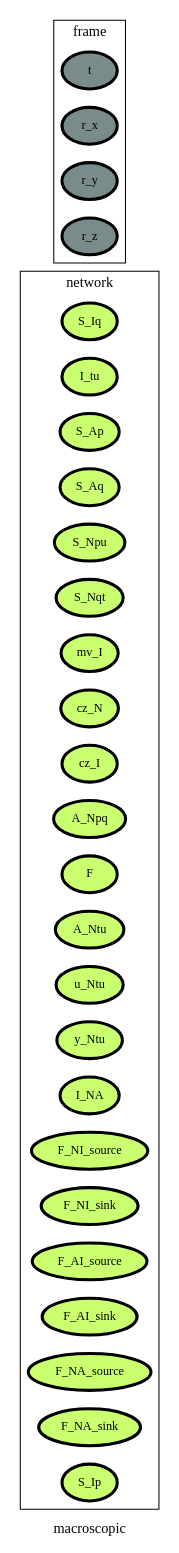
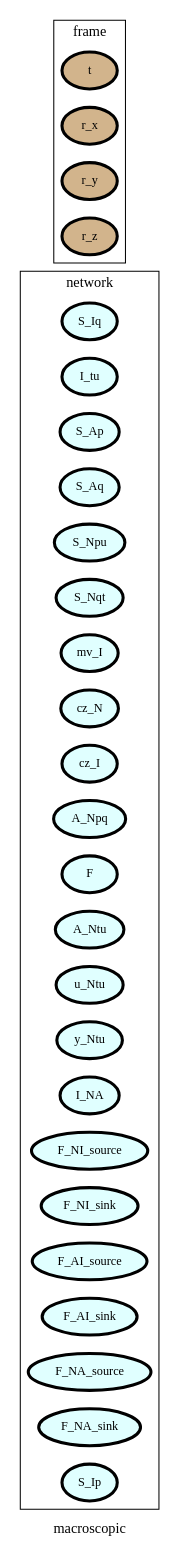
Before and after one commit to heinz-preisig/processes_starter: the diagram in ontology_graphs/graph__macroscopic.dot, drawn with Graphviz. The commit also changed 28 other files, not shown here.

```diff
--- a/ontology_graphs/graph__macroscopic.dot
+++ b/ontology_graphs/graph__macroscopic.dot
@@ -1,95 +1,100 @@
 digraph macroscopic {
 label=macroscopic;
 rankdir=LR;
 subgraph cluster_macroscopic___transport {
 label=transport;
 rankdir=LR;
 }
 
 subgraph cluster_macroscopic___geometry {
 label=geometry;
 rankdir=LR;
 }
 
 subgraph cluster_macroscopic___properties {
 label=properties;
 rankdir=LR;
 }
 
 subgraph cluster_macroscopic___network {
 label=network;
 rankdir=LR;
-V_10 [fillcolor=darkolivegreen1, fontsize=12, label=S_Iq, penwidth=3, style=filled];
-V_11 [fillcolor=darkolivegreen1, fontsize=12, label=I_tu, penwidth=3, style=filled];
-V_12 [fillcolor=darkolivegreen1, fontsize=12, label=S_Ap, penwidth=3, style=filled];
-V_13 [fillcolor=darkolivegreen1, fontsize=12, label=S_Aq, penwidth=3, style=filled];
-V_14 [fillcolor=darkolivegreen1, fontsize=12, label=S_Npu, penwidth=3, style=filled];
-V_15 [fillcolor=darkolivegreen1, fontsize=12, label=S_Nqt, penwidth=3, style=filled];
-V_16 [fillcolor=darkolivegreen1, fontsize=12, label=mv_I, penwidth=3, style=filled];
-V_17 [fillcolor=darkolivegreen1, fontsize=12, label=cz_N, penwidth=3, style=filled];
-V_18 [fillcolor=darkolivegreen1, fontsize=12, label=cz_I, penwidth=3, style=filled];
-V_19 [fillcolor=darkolivegreen1, fontsize=12, label=A_Npq, penwidth=3, style=filled];
-V_2 [fillcolor=darkolivegreen1, fontsize=12, label=F, penwidth=3, style=filled];
-V_20 [fillcolor=darkolivegreen1, fontsize=12, label=A_Ntu, penwidth=3, style=filled];
-V_21 [fillcolor=darkolivegreen1, fontsize=12, label=u_Ntu, penwidth=3, style=filled];
-V_22 [fillcolor=darkolivegreen1, fontsize=12, label=y_Ntu, penwidth=3, style=filled];
-V_27 [fillcolor=darkolivegreen1, fontsize=12, label=I_NA, penwidth=3, style=filled];
-V_3 [fillcolor=darkolivegreen1, fontsize=12, label=F_NI_source, penwidth=3, style=filled];
-V_4 [fillcolor=darkolivegreen1, fontsize=12, label=F_NI_sink, penwidth=3, style=filled];
-V_5 [fillcolor=darkolivegreen1, fontsize=12, label=F_AI_source, penwidth=3, style=filled];
-V_6 [fillcolor=darkolivegreen1, fontsize=12, label=F_AI_sink, penwidth=3, style=filled];
-V_7 [fillcolor=darkolivegreen1, fontsize=12, label=F_NA_source, penwidth=3, style=filled];
-V_8 [fillcolor=darkolivegreen1, fontsize=12, label=F_NA_sink, penwidth=3, style=filled];
-V_9 [fillcolor=darkolivegreen1, fontsize=12, label=S_Ip, penwidth=3, style=filled];
+V_10 [fillcolor=lightcyan, fontsize=12, label=S_Iq, penwidth=3, style=filled];
+V_11 [fillcolor=lightcyan, fontsize=12, label=I_tu, penwidth=3, style=filled];
+V_12 [fillcolor=lightcyan, fontsize=12, label=S_Ap, penwidth=3, style=filled];
+V_13 [fillcolor=lightcyan, fontsize=12, label=S_Aq, penwidth=3, style=filled];
+V_14 [fillcolor=lightcyan, fontsize=12, label=S_Npu, penwidth=3, style=filled];
+V_15 [fillcolor=lightcyan, fontsize=12, label=S_Nqt, penwidth=3, style=filled];
+V_16 [fillcolor=lightcyan, fontsize=12, label=mv_I, penwidth=3, style=filled];
+V_17 [fillcolor=lightcyan, fontsize=12, label=cz_N, penwidth=3, style=filled];
+V_18 [fillcolor=lightcyan, fontsize=12, label=cz_I, penwidth=3, style=filled];
+V_19 [fillcolor=lightcyan, fontsize=12, label=A_Npq, penwidth=3, style=filled];
+V_2 [fillcolor=lightcyan, fontsize=12, label=F, penwidth=3, style=filled];
+V_20 [fillcolor=lightcyan, fontsize=12, label=A_Ntu, penwidth=3, style=filled];
+V_21 [fillcolor=lightcyan, fontsize=12, label=u_Ntu, penwidth=3, style=filled];
+V_22 [fillcolor=lightcyan, fontsize=12, label=y_Ntu, penwidth=3, style=filled];
+V_27 [fillcolor=lightcyan, fontsize=12, label=I_NA, penwidth=3, style=filled];
+V_3 [fillcolor=lightcyan, fontsize=12, label=F_NI_source, penwidth=3, style=filled];
+V_4 [fillcolor=lightcyan, fontsize=12, label=F_NI_sink, penwidth=3, style=filled];
+V_5 [fillcolor=lightcyan, fontsize=12, label=F_AI_source, penwidth=3, style=filled];
+V_6 [fillcolor=lightcyan, fontsize=12, label=F_AI_sink, penwidth=3, style=filled];
+V_7 [fillcolor=lightcyan, fontsize=12, label=F_NA_source, penwidth=3, style=filled];
+V_8 [fillcolor=lightcyan, fontsize=12, label=F_NA_sink, penwidth=3, style=filled];
+V_9 [fillcolor=lightcyan, fontsize=12, label=S_Ip, penwidth=3, style=filled];
 }
 
 subgraph cluster_macroscopic___differenceOperator {
 label=differenceOperator;
 rankdir=LR;
 }
 
 subgraph cluster_macroscopic___frame {
 label=frame;
 rankdir=LR;
-V_1 [fillcolor=lightcyan4, fontsize=12, label=t, penwidth=3, style=filled];
-V_23 [fillcolor=lightcyan4, fontsize=12, label=r_x, penwidth=3, style=filled];
-V_24 [fillcolor=lightcyan4, fontsize=12, label=r_y, penwidth=3, style=filled];
-V_25 [fillcolor=lightcyan4, fontsize=12, label=r_z, penwidth=3, style=filled];
+V_1 [fillcolor=tan, fontsize=12, label=t, penwidth=3, style=filled];
+V_23 [fillcolor=tan, fontsize=12, label=r_x, penwidth=3, style=filled];
+V_24 [fillcolor=tan, fontsize=12, label=r_y, penwidth=3, style=filled];
+V_25 [fillcolor=tan, fontsize=12, label=r_z, penwidth=3, style=filled];
 }
 
 subgraph cluster_macroscopic___state {
 label=state;
 rankdir=LR;
 }
 
 subgraph cluster_macroscopic___constant {
 label=constant;
 rankdir=LR;
 }
 
 subgraph cluster_macroscopic___effort {
 label=effort;
 rankdir=LR;
 }
 
 subgraph cluster_macroscopic___secondaryState {
 label=secondaryState;
 rankdir=LR;
 }
 
 subgraph cluster_macroscopic___conversion {
 label=conversion;
 rankdir=LR;
 }
 
 subgraph cluster_macroscopic___diffState {
 label=diffState;
 rankdir=LR;
 }
 
 subgraph cluster_macroscopic___internalTransport {
 label=internalTransport;
 rankdir=LR;
 }
 
+subgraph cluster_macroscopic___get {
+label=get;
+rankdir=LR;
 }
+
+}
```
